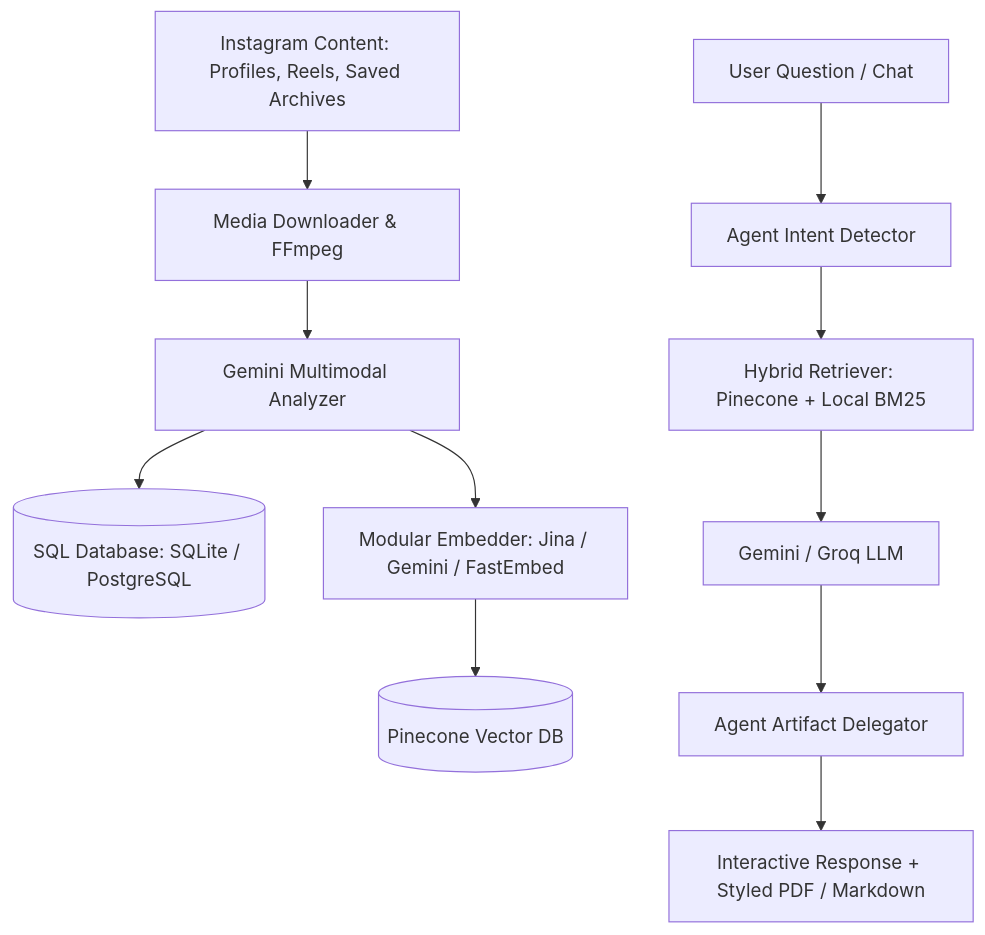
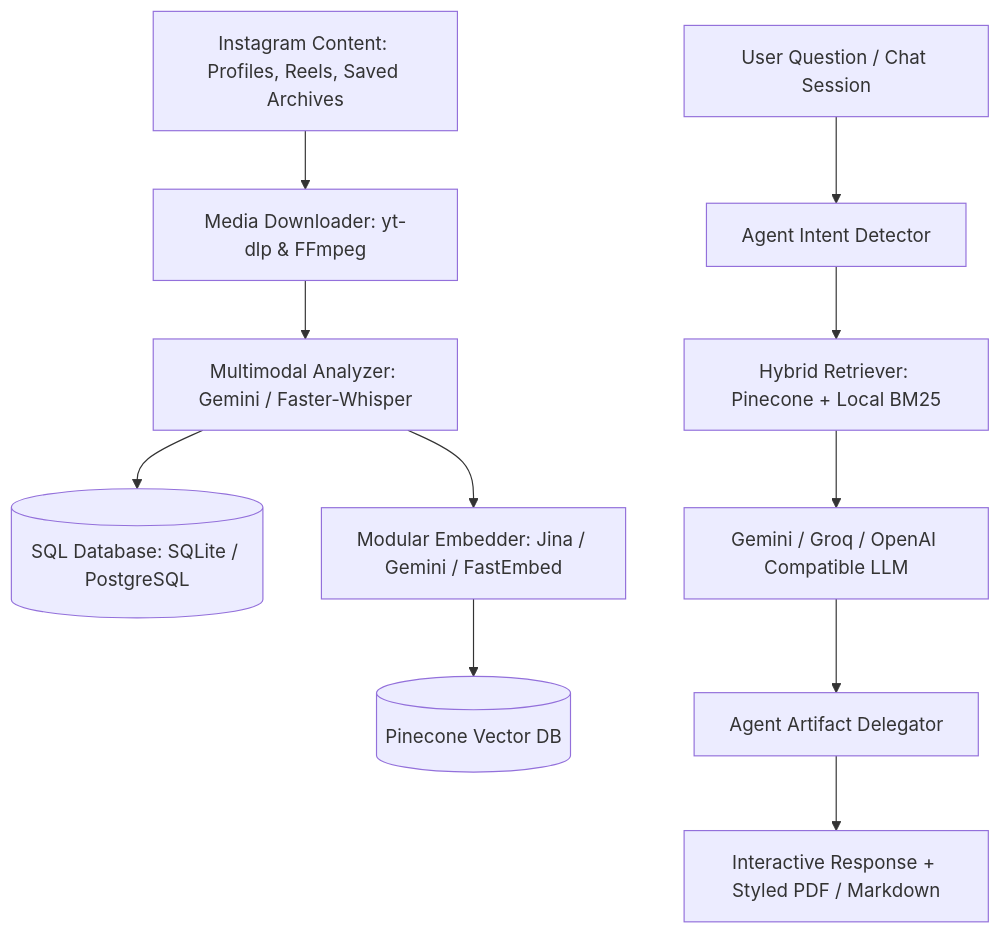
The diagram in README.md (Xan007/instagram-to-rag), drawn with Mermaid before and after one commit. The commit also changed other lines of this file and 6 other files, not shown here.

````diff
--- a/README.md
+++ b/README.md
@@ -31,14 +32,14 @@
 ```mermaid
 flowchart TD
-    IG[Instagram Content: Profiles, Reels, Saved Archives] --> Downloader[Media Downloader & FFmpeg]
-    Downloader --> Analyzer[Gemini Multimodal Analyzer]
+    IG[Instagram Content: Profiles, Reels, Saved Archives] --> Downloader[Media Downloader: yt-dlp & FFmpeg]
+    Downloader --> Analyzer[Multimodal Analyzer: Gemini / Faster-Whisper]
     Analyzer --> DB[(SQL Database: SQLite / PostgreSQL)]
     Analyzer --> Embedder[Modular Embedder: Jina / Gemini / FastEmbed]
     Embedder --> VectorDB[(Pinecone Vector DB)]
     
-    UserQuery[User Question / Chat] --> Detector[Agent Intent Detector]
+    UserQuery[User Question / Chat Session] --> Detector[Agent Intent Detector]
     Detector --> Retriever[Hybrid Retriever: Pinecone + Local BM25]
-    Retriever --> LLM[Gemini / Groq LLM]
+    Retriever --> LLM[Gemini / Groq / OpenAI Compatible LLM]
     LLM --> Delegator[Agent Artifact Delegator]
     Delegator --> Output[Interactive Response + Styled PDF / Markdown]
 ```
````
